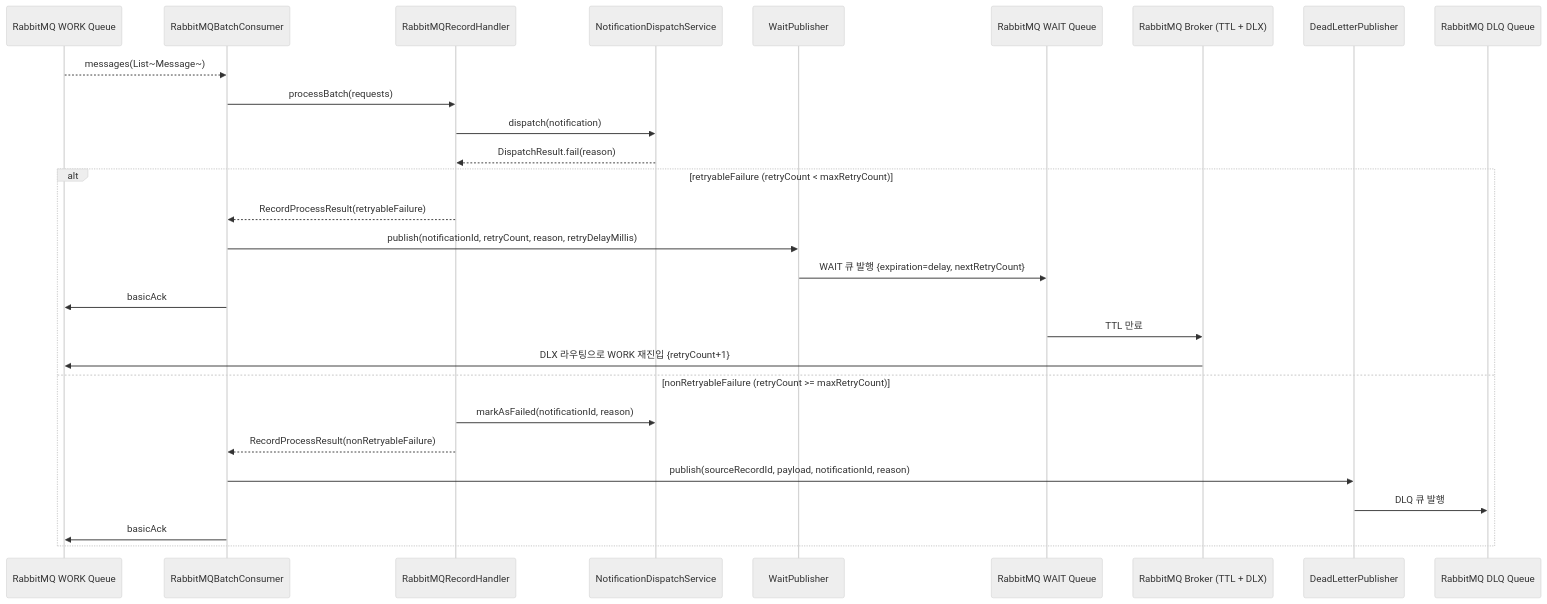
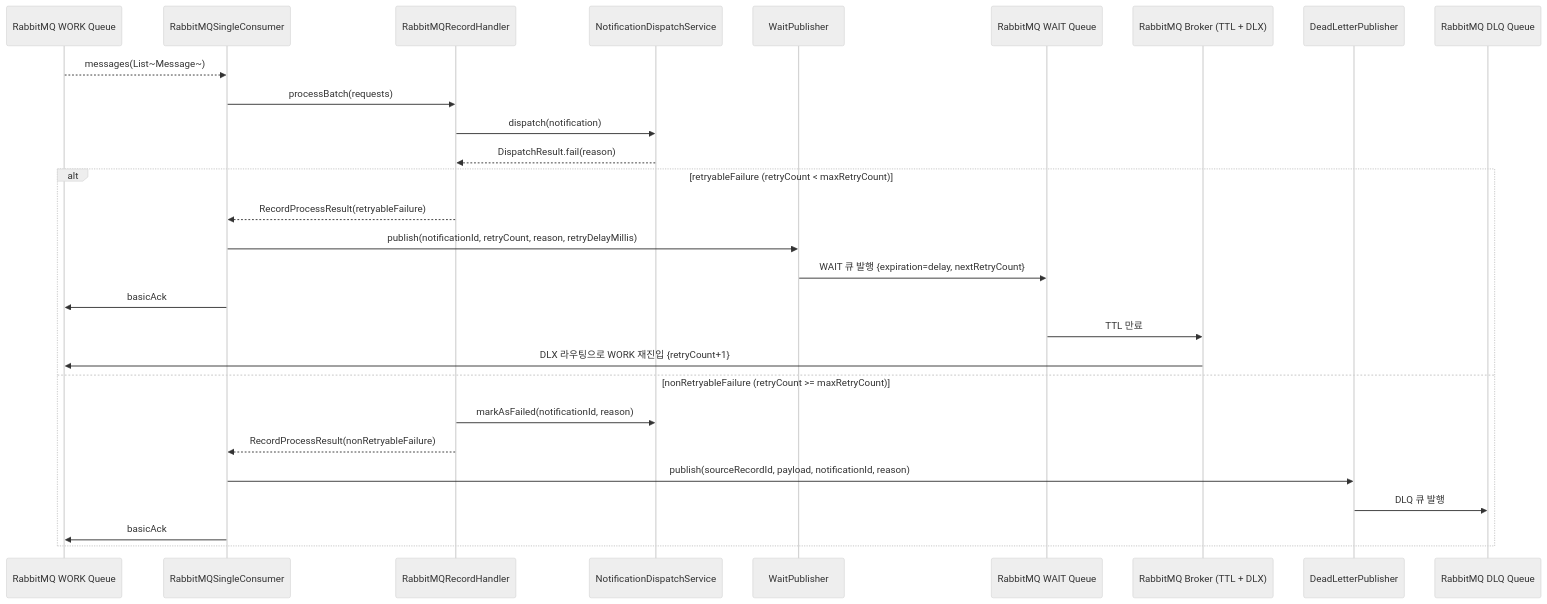
The third of 6 diagrams in docs/02-sequence-diagrams.md (yht0827/notification-dispatcher), drawn with Mermaid (neutral theme) before and after one commit. The commit also changed other lines of this file and 80 other files, not shown here.

````diff
--- a/docs/02-sequence-diagrams.md
+++ b/docs/02-sequence-diagrams.md
@@ -160,33 +121,33 @@
 ```mermaid
 sequenceDiagram
     participant RS as RabbitMQ WORK Queue
-    participant C as RabbitMQBatchConsumer
+    participant C as RabbitMQSingleConsumer
     participant H as RabbitMQRecordHandler
     participant DS as NotificationDispatchService
     participant W as WaitPublisher
     participant WS as RabbitMQ WAIT Queue
     participant B as RabbitMQ Broker (TTL + DLX)
     participant D as DeadLetterPublisher
     participant DLQ as RabbitMQ DLQ Queue
 
     RS-->>C: messages(List~Message~)
     C->>H: processBatch(requests)
     H->>DS: dispatch(notification)
     DS-->>H: DispatchResult.fail(reason)
 
     alt retryableFailure (retryCount < maxRetryCount)
         H-->>C: RecordProcessResult(retryableFailure)
         C->>W: publish(notificationId, retryCount, reason, retryDelayMillis)
         W->>WS: WAIT 큐 발행 {expiration=delay, nextRetryCount}
         C->>RS: basicAck
 
         WS->>B: TTL 만료
         B->>RS: DLX 라우팅으로 WORK 재진입 {retryCount+1}
     else nonRetryableFailure (retryCount >= maxRetryCount)
         H->>DS: markAsFailed(notificationId, reason)
         H-->>C: RecordProcessResult(nonRetryableFailure)
         C->>D: publish(sourceRecordId, payload, notificationId, reason)
         D->>DLQ: DLQ 큐 발행
         C->>RS: basicAck
     end
 ```
````
